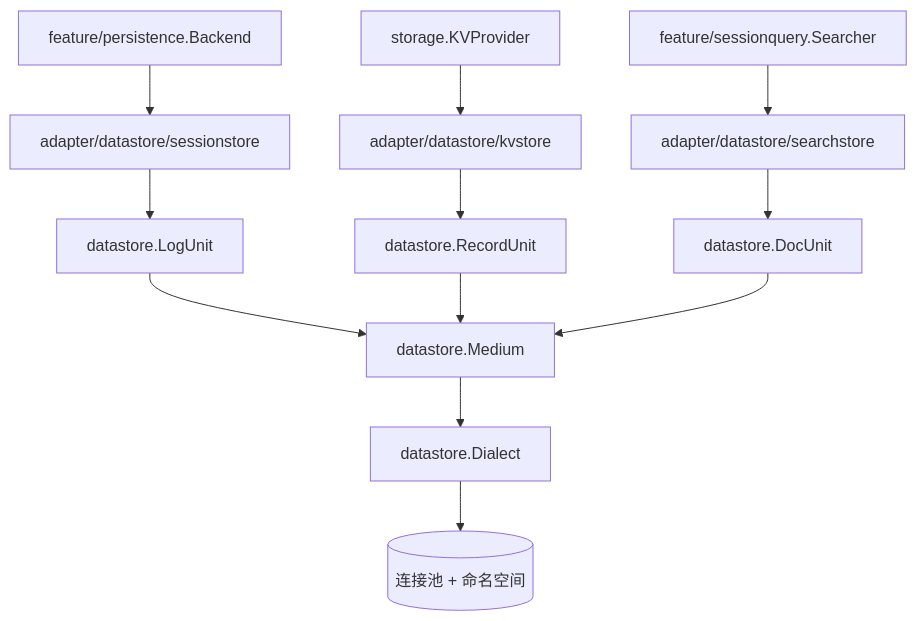
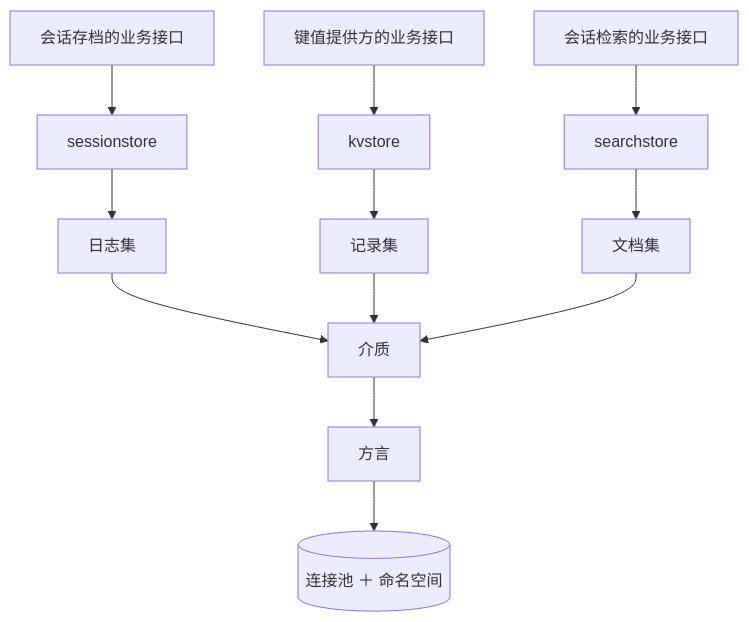
Before and after one commit to snight1983/ds-harness-go: the sixth of 38 diagrams in docs/modules/datastore.md, drawn with Mermaid. The commit also changed other lines of this file and 43 other files, not shown here.

Commit message:
docs: 图解架构与模块设计

````diff
--- a/docs/modules/datastore.md
+++ b/docs/modules/datastore.md
@@ -22,14 +59,14 @@
 ```mermaid
 flowchart TB
-    Session["feature/persistence.Backend"] --> SS["adapter/datastore/sessionstore"]
-    Storage["storage.KVProvider"] --> KV["adapter/datastore/kvstore"]
-    Query["feature/sessionquery.Searcher"] --> Search["adapter/datastore/searchstore"]
-    SS --> Log["datastore.LogUnit"]
-    KV --> Rec["datastore.RecordUnit"]
-    Search --> Docs["datastore.DocUnit"]
-    Log --> Medium["datastore.Medium"]
+    Session["会话存档的业务接口"] --> SS["sessionstore"]
+    Storage["键值提供方的业务接口"] --> KV["kvstore"]
+    Query["会话检索的业务接口"] --> Search["searchstore"]
+    SS --> Log["日志集"]
+    KV --> Rec["记录集"]
+    Search --> Docs["文档集"]
+    Log --> Medium["介质"]
     Rec --> Medium
     Docs --> Medium
-    Medium --> Dialect["datastore.Dialect"]
-    Dialect --> DB[("连接池 + 命名空间")]
+    Medium --> Dialect["方言"]
+    Dialect --> DB[("连接池 ＋ 命名空间")]
 ```
````
